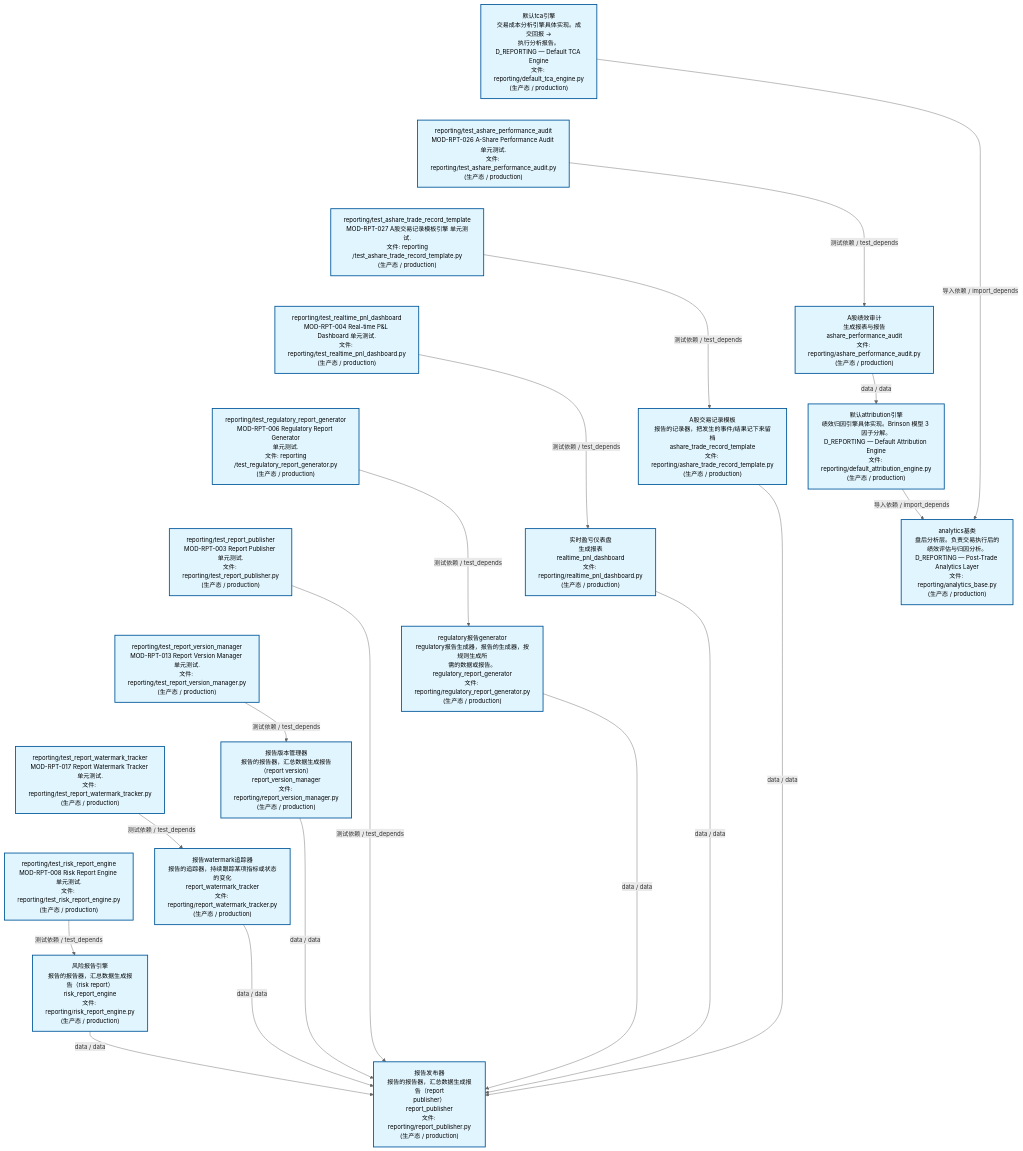
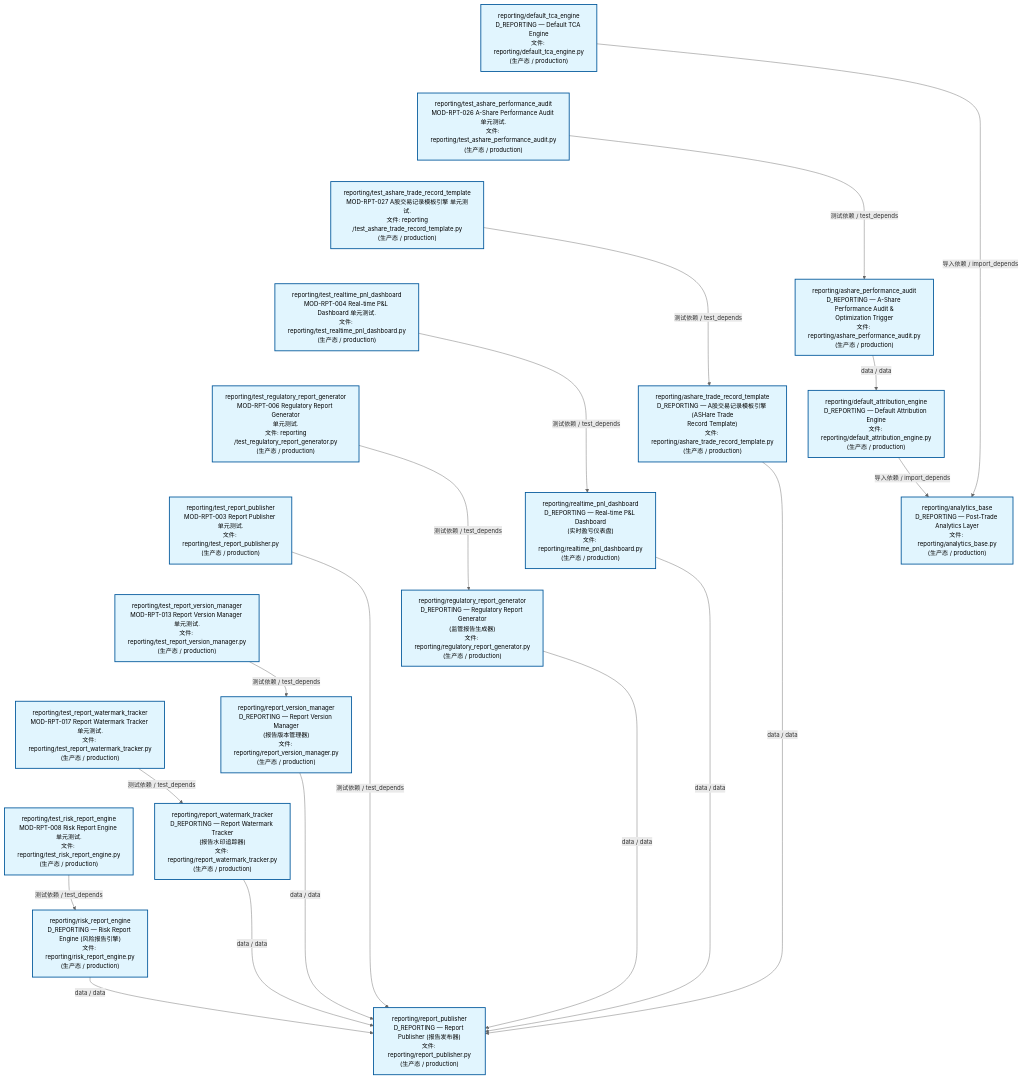
Before and after one commit to xuanFelixVan/ZephyrAlpha: the second of 4 diagrams in docs/02_enterprise_architecture/02_domain_architecture_docs/26_d_reporting.md, drawn with Mermaid. The commit also changed other lines of this file and 50 other files, not shown here.

````diff
--- a/docs/02_enterprise_architecture/02_domain_architecture_docs/26_d_reporting.md
+++ b/docs/02_enterprise_architecture/02_domain_architecture_docs/26_d_reporting.md
@@ -147,60 +147,60 @@
 ```mermaid
 %%{init: {'theme': 'base', 'themeVariables': {'primaryColor': '#eaeaea', 'primaryTextColor': '#333333', 'primaryBorderColor': '#666666', 'lineColor': '#666666', 'secondaryColor': '#eaeaea', 'tertiaryColor': '#eaeaea', 'fontSize': '14px'}}}%%
 flowchart TD
-    src_zephyr_reporting_default_tca_engine_py["默认tca引擎<br/>交易成本分析引擎具体实现。成交回报 -><br/>执行分析报告。<br/>D_REPORTING — Default TCA Engine<br/>文件: reporting/default_tca_engine.py<br/>(生产态 / production)"]
+    src_zephyr_reporting_default_tca_engine_py["reporting/default_tca_engine<br/>D_REPORTING — Default TCA Engine<br/>文件: reporting/default_tca_engine.py<br/>(生产态 / production)"]
     tests_reporting_test_ashare_performance_audit_py["reporting/test_ashare_performance_audit<br/>MOD-RPT-026 A-Share Performance Audit 单元测试.<br/>文件: reporting/test_ashare_performance_audit.py<br/>(生产态 / production)"]
     tests_reporting_test_ashare_trade_record_template_py["reporting/test_ashare_trade_record_template<br/>MOD-RPT-027 A股交易记录模板引擎 单元测试.<br/>文件: reporting<br/>/test_ashare_trade_record_template.py<br/>(生产态 / production)"]
     tests_reporting_test_realtime_pnl_dashboard_py["reporting/test_realtime_pnl_dashboard<br/>MOD-RPT-004 Real-time P&L Dashboard 单元测试.<br/>文件: reporting/test_realtime_pnl_dashboard.py<br/>(生产态 / production)"]
     tests_reporting_test_regulatory_report_generator_py["reporting/test_regulatory_report_generator<br/>MOD-RPT-006 Regulatory Report Generator<br/>单元测试.<br/>文件: reporting<br/>/test_regulatory_report_generator.py<br/>(生产态 / production)"]
     tests_reporting_test_report_publisher_py["reporting/test_report_publisher<br/>MOD-RPT-003 Report Publisher 单元测试.<br/>文件: reporting/test_report_publisher.py<br/>(生产态 / production)"]
     tests_reporting_test_report_version_manager_py["reporting/test_report_version_manager<br/>MOD-RPT-013 Report Version Manager 单元测试.<br/>文件: reporting/test_report_version_manager.py<br/>(生产态 / production)"]
     tests_reporting_test_report_watermark_tracker_py["reporting/test_report_watermark_tracker<br/>MOD-RPT-017 Report Watermark Tracker 单元测试.<br/>文件: reporting/test_report_watermark_tracker.py<br/>(生产态 / production)"]
     tests_reporting_test_risk_report_engine_py["reporting/test_risk_report_engine<br/>MOD-RPT-008 Risk Report Engine 单元测试.<br/>文件: reporting/test_risk_report_engine.py<br/>(生产态 / production)"]
     src_zephyr_reporting_default_tca_engine_py ~~~ tests_reporting_test_ashare_performance_audit_py
     tests_reporting_test_ashare_performance_audit_py ~~~ tests_reporting_test_ashare_trade_record_template_py
     tests_reporting_test_ashare_trade_record_template_py ~~~ tests_reporting_test_realtime_pnl_dashboard_py
     tests_reporting_test_realtime_pnl_dashboard_py ~~~ tests_reporting_test_regulatory_report_generator_py
     tests_reporting_test_regulatory_report_generator_py ~~~ tests_reporting_test_report_publisher_py
     tests_reporting_test_report_publisher_py ~~~ tests_reporting_test_report_version_manager_py
     tests_reporting_test_report_version_manager_py ~~~ tests_reporting_test_report_watermark_tracker_py
     tests_reporting_test_report_watermark_tracker_py ~~~ tests_reporting_test_risk_report_engine_py
-    src_zephyr_reporting_ashare_performance_audit_py["A股绩效审计<br/>生成报表与报告<br/>ashare_performance_audit<br/>文件: reporting/ashare_performance_audit.py<br/>(生产态 / production)"]
-    src_zephyr_reporting_ashare_trade_record_template_py["A股交易记录模板<br/>报告的记录器，把发生的事件/结果记下来留档<br/>ashare_trade_record_template<br/>文件: reporting/ashare_trade_record_template.py<br/>(生产态 / production)"]
-    src_zephyr_reporting_realtime_pnl_dashboard_py["实时盈亏仪表盘<br/>生成报表<br/>realtime_pnl_dashboard<br/>文件: reporting/realtime_pnl_dashboard.py<br/>(生产态 / production)"]
-    src_zephyr_reporting_regulatory_report_generator_py["regulatory报告generator<br/>regulatory报告生成器，报告的生成器，按规则生成所<br/>需的数据或报告。<br/>regulatory_report_generator<br/>文件: reporting/regulatory_report_generator.py<br/>(生产态 / production)"]
-    src_zephyr_reporting_report_version_manager_py["报告版本管理器<br/>报告的报告器，汇总数据生成报告（report version）<br/>report_version_manager<br/>文件: reporting/report_version_manager.py<br/>(生产态 / production)"]
-    src_zephyr_reporting_report_watermark_tracker_py["报告watermark追踪器<br/>报告的追踪器，持续跟踪某项指标或状态的变化<br/>report_watermark_tracker<br/>文件: reporting/report_watermark_tracker.py<br/>(生产态 / production)"]
-    src_zephyr_reporting_risk_report_engine_py["风险报告引擎<br/>报告的报告器，汇总数据生成报告（risk report）<br/>risk_report_engine<br/>文件: reporting/risk_report_engine.py<br/>(生产态 / production)"]
+    src_zephyr_reporting_ashare_performance_audit_py["reporting/ashare_performance_audit<br/>D_REPORTING — A-Share Performance Audit &<br/>Optimization Trigger<br/>文件: reporting/ashare_performance_audit.py<br/>(生产态 / production)"]
+    src_zephyr_reporting_ashare_trade_record_template_py["reporting/ashare_trade_record_template<br/>D_REPORTING — A股交易记录模板引擎 (ASHare Trade<br/>Record Template)<br/>文件: reporting/ashare_trade_record_template.py<br/>(生产态 / production)"]
+    src_zephyr_reporting_realtime_pnl_dashboard_py["reporting/realtime_pnl_dashboard<br/>D_REPORTING — Real-time P&L Dashboard<br/>(实时盈亏仪表盘)<br/>文件: reporting/realtime_pnl_dashboard.py<br/>(生产态 / production)"]
+    src_zephyr_reporting_regulatory_report_generator_py["reporting/regulatory_report_generator<br/>D_REPORTING — Regulatory Report Generator<br/>(监管报告生成器)<br/>文件: reporting/regulatory_report_generator.py<br/>(生产态 / production)"]
+    src_zephyr_reporting_report_version_manager_py["reporting/report_version_manager<br/>D_REPORTING — Report Version Manager<br/>(报告版本管理器)<br/>文件: reporting/report_version_manager.py<br/>(生产态 / production)"]
+    src_zephyr_reporting_report_watermark_tracker_py["reporting/report_watermark_tracker<br/>D_REPORTING — Report Watermark Tracker<br/>(报告水印追踪器)<br/>文件: reporting/report_watermark_tracker.py<br/>(生产态 / production)"]
+    src_zephyr_reporting_risk_report_engine_py["reporting/risk_report_engine<br/>D_REPORTING — Risk Report Engine (风险报告引擎)<br/>文件: reporting/risk_report_engine.py<br/>(生产态 / production)"]
     src_zephyr_reporting_ashare_performance_audit_py ~~~ src_zephyr_reporting_ashare_trade_record_template_py
     src_zephyr_reporting_ashare_trade_record_template_py ~~~ src_zephyr_reporting_realtime_pnl_dashboard_py
     src_zephyr_reporting_realtime_pnl_dashboard_py ~~~ src_zephyr_reporting_regulatory_report_generator_py
     src_zephyr_reporting_regulatory_report_generator_py ~~~ src_zephyr_reporting_report_version_manager_py
     src_zephyr_reporting_report_version_manager_py ~~~ src_zephyr_reporting_report_watermark_tracker_py
     src_zephyr_reporting_report_watermark_tracker_py ~~~ src_zephyr_reporting_risk_report_engine_py
-    src_zephyr_reporting_default_attribution_engine_py["默认attribution引擎<br/>绩效归因引擎具体实现。Brinson 模型 3 因子分解。<br/>D_REPORTING — Default Attribution Engine<br/>文件: reporting/default_attribution_engine.py<br/>(生产态 / production)"]
-    src_zephyr_reporting_report_publisher_py["报告发布器<br/>报告的报告器，汇总数据生成报告（report<br/>publisher）<br/>report_publisher<br/>文件: reporting/report_publisher.py<br/>(生产态 / production)"]
+    src_zephyr_reporting_default_attribution_engine_py["reporting/default_attribution_engine<br/>D_REPORTING — Default Attribution Engine<br/>文件: reporting/default_attribution_engine.py<br/>(生产态 / production)"]
+    src_zephyr_reporting_report_publisher_py["reporting/report_publisher<br/>D_REPORTING — Report Publisher (报告发布器)<br/>文件: reporting/report_publisher.py<br/>(生产态 / production)"]
     src_zephyr_reporting_default_attribution_engine_py ~~~ src_zephyr_reporting_report_publisher_py
-    src_zephyr_reporting_analytics_base_py["analytics基类<br/>盘后分析层。负责交易执行后的绩效评估与归因分析。<br/>D_REPORTING — Post-Trade Analytics Layer<br/>文件: reporting/analytics_base.py<br/>(生产态 / production)"]
+    src_zephyr_reporting_analytics_base_py["reporting/analytics_base<br/>D_REPORTING — Post-Trade Analytics Layer<br/>文件: reporting/analytics_base.py<br/>(生产态 / production)"]
+    src_zephyr_reporting_realtime_pnl_dashboard_py -->|data / data| src_zephyr_reporting_report_publisher_py
+    src_zephyr_reporting_ashare_performance_audit_py -->|data / data| src_zephyr_reporting_default_attribution_engine_py
+    src_zephyr_reporting_regulatory_report_generator_py -->|data / data| src_zephyr_reporting_report_publisher_py
     src_zephyr_reporting_default_attribution_engine_py -->|导入依赖 / import_depends| src_zephyr_reporting_analytics_base_py
-    src_zephyr_reporting_ashare_performance_audit_py -->|data / data| src_zephyr_reporting_default_attribution_engine_py
     src_zephyr_reporting_ashare_trade_record_template_py -->|data / data| src_zephyr_reporting_report_publisher_py
-    src_zephyr_reporting_regulatory_report_generator_py -->|data / data| src_zephyr_reporting_report_publisher_py
-    src_zephyr_reporting_realtime_pnl_dashboard_py -->|data / data| src_zephyr_reporting_report_publisher_py
     src_zephyr_reporting_report_version_manager_py -->|data / data| src_zephyr_reporting_report_publisher_py
     src_zephyr_reporting_default_tca_engine_py -->|导入依赖 / import_depends| src_zephyr_reporting_analytics_base_py
     src_zephyr_reporting_risk_report_engine_py -->|data / data| src_zephyr_reporting_report_publisher_py
     src_zephyr_reporting_report_watermark_tracker_py -->|data / data| src_zephyr_reporting_report_publisher_py
+    tests_reporting_test_ashare_trade_record_template_py -->|测试依赖 / test_depends| src_zephyr_reporting_ashare_trade_record_template_py
     tests_reporting_test_ashare_performance_audit_py -->|测试依赖 / test_depends| src_zephyr_reporting_ashare_performance_audit_py
-    tests_reporting_test_ashare_trade_record_template_py -->|测试依赖 / test_depends| src_zephyr_reporting_ashare_trade_record_template_py
+    tests_reporting_test_regulatory_report_generator_py -->|测试依赖 / test_depends| src_zephyr_reporting_regulatory_report_generator_py
+    tests_reporting_test_report_publisher_py -->|测试依赖 / test_depends| src_zephyr_reporting_report_publisher_py
+    tests_reporting_test_realtime_pnl_dashboard_py -->|测试依赖 / test_depends| src_zephyr_reporting_realtime_pnl_dashboard_py
     tests_reporting_test_report_version_manager_py -->|测试依赖 / test_depends| src_zephyr_reporting_report_version_manager_py
-    tests_reporting_test_realtime_pnl_dashboard_py -->|测试依赖 / test_depends| src_zephyr_reporting_realtime_pnl_dashboard_py
     tests_reporting_test_risk_report_engine_py -->|测试依赖 / test_depends| src_zephyr_reporting_risk_report_engine_py
-    tests_reporting_test_report_publisher_py -->|测试依赖 / test_depends| src_zephyr_reporting_report_publisher_py
     tests_reporting_test_report_watermark_tracker_py -->|测试依赖 / test_depends| src_zephyr_reporting_report_watermark_tracker_py
-    tests_reporting_test_regulatory_report_generator_py -->|测试依赖 / test_depends| src_zephyr_reporting_regulatory_report_generator_py
     classDef production fill:#e1f5fe,stroke:#01579b,stroke-width:2px,color:#000
     classDef design fill:#fff3e0,stroke:#e65100,stroke-width:2px,color:#000,stroke-dasharray: 5 5
     classDef external_prod fill:#e8f4fd,stroke:#0277bd,stroke-width:1px,color:#000
     classDef external_design fill:#fff8e7,stroke:#ef6c00,stroke-width:1px,color:#000,stroke-dasharray: 5 5
     class src_zephyr_reporting_analytics_base_py,src_zephyr_reporting_ashare_performance_audit_py,src_zephyr_reporting_ashare_trade_record_template_py,src_zephyr_reporting_default_attribution_engine_py,src_zephyr_reporting_default_tca_engine_py,src_zephyr_reporting_realtime_pnl_dashboard_py,src_zephyr_reporting_regulatory_report_generator_py,src_zephyr_reporting_report_publisher_py,src_zephyr_reporting_report_version_manager_py,src_zephyr_reporting_report_watermark_tracker_py,src_zephyr_reporting_risk_report_engine_py,tests_reporting_test_ashare_performance_audit_py,tests_reporting_test_ashare_trade_record_template_py,tests_reporting_test_realtime_pnl_dashboard_py,tests_reporting_test_regulatory_report_generator_py,tests_reporting_test_report_publisher_py,tests_reporting_test_report_version_manager_py,tests_reporting_test_report_watermark_tracker_py,tests_reporting_test_risk_report_engine_py production
 ```
````
